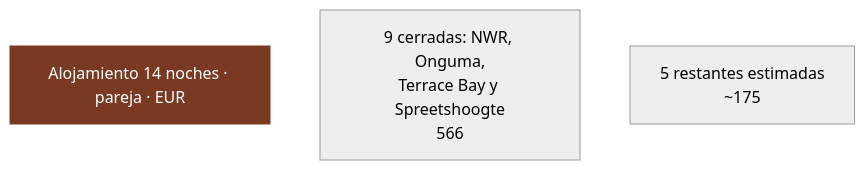
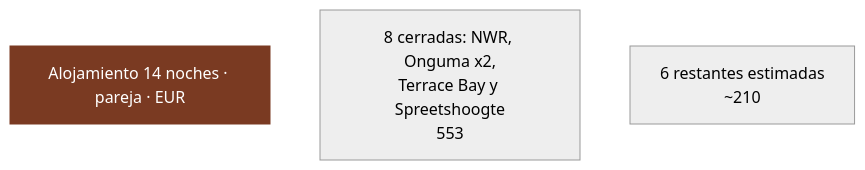
One commit to morandeirachema/namibia changed the third of 8 diagrams in 02-presupuesto.md. Above: the diagram before and after it, drawn with Mermaid (neutral theme). The commit also changed other lines of this file and 44 other files, not shown here.

First line of the commit message:
El calendario se rehace sobre las reservas hechas: Spreetshoogte una noche, Twyfelfontein nueva y Onguma por Namutoni

````diff
--- a/02-presupuesto.md
+++ b/02-presupuesto.md
@@ -190,9 +214,9 @@
 ```mermaid
 flowchart LR
     T["Alojamiento 14 noches · pareja · EUR"]
-    n0["9 cerradas: NWR, Onguma,<br/>Terrace Bay y Spreetshoogte<br/>566"]
-    n1["5 restantes estimadas<br/>~175"]
+    n0["8 cerradas: NWR, Onguma x2,<br/>Terrace Bay y Spreetshoogte<br/>553"]
+    n1["6 restantes estimadas<br/>~210"]
     T ~~~ n0
     n0 ~~~ n1
     style T fill:#7a3a22,color:#fff,stroke:#7a3a22
 ```
````
